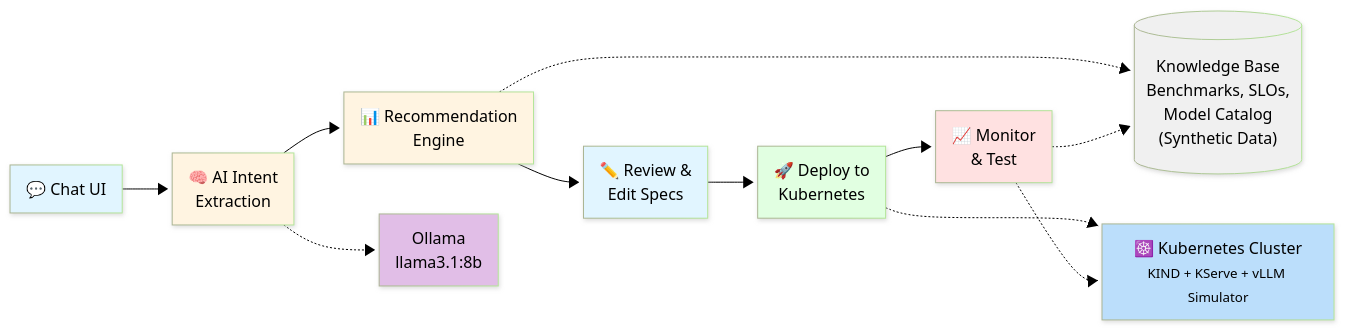
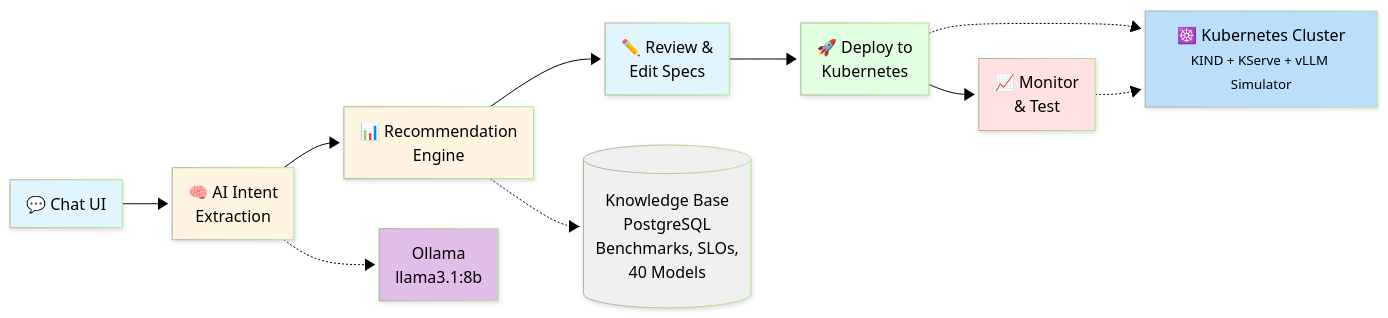
One commit to redhat-et/compass changed the first of 4 diagrams in docs/simplified-architecture-diagram.md. Above: the diagram before and after it, drawn with Mermaid (forest theme). The commit also changed other lines of this file and 8 other files, not shown here.

First line of the commit message:
Refactor architecture to 4-engine + UI Layer structure

````diff
--- a/docs/simplified-architecture-diagram.md
+++ b/docs/simplified-architecture-diagram.md
@@ -5,26 +5,26 @@
 ```mermaid
 ---
 config:
   layout: fixed
   look: neo
 ---
 flowchart LR
     A["💬 Chat UI"] --> B["🧠 AI Intent<br>Extraction"]
     B --> C["📊 Recommendation<br>Engine"]
     B -.-> LLM["Ollama<br>llama3.1:8b"]
     C --> D["✏️ Review &amp;<br>Edit Specs"]
     D --> E["🚀 Deploy to<br>Kubernetes"]
     E --> F["📈 Monitor<br>&amp; Test"]
     E -.-> K8S["☸️ Kubernetes Cluster<br><small>KIND + KServe + vLLM Simulator</small>"]
-    C -.-> KB[("Knowledge Base<br>Benchmarks, SLOs,<br>Model Catalog<br>(Synthetic Data)")]
-    F -.-> KB & K8S
+    C -.-> KB[("Knowledge Base<br>PostgreSQL<br>Benchmarks, SLOs,<br>40 Models")]
+    F -.-> K8S
     style A fill:#e1f5ff
     style B fill:#fff4e1
     style C fill:#fff4e1
     style LLM fill:#E1BEE7
     style D fill:#e1f5ff
     style E fill:#e1ffe1
     style F fill:#ffe1e1
     style K8S fill:#BBDEFB
     style KB fill:#f0f0f0
 ```
````
